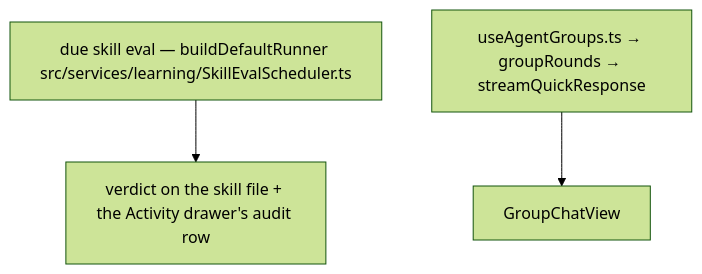
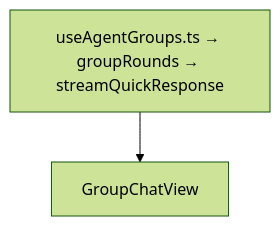
Before and after one commit to KILLER3UG/augustTrading: the sixth of 8 diagrams in docs/architecture/system-map.md, drawn with Mermaid (forest theme). The commit also changed other lines of this file and 504 other files, not shown here.

````diff
--- a/docs/architecture/system-map.md
+++ b/docs/architecture/system-map.md
@@ -461,5 +419,4 @@
 ```mermaid
 flowchart TD
-    EVAL["due skill eval — buildDefaultRunner src/services/learning/SkillEvalScheduler.ts"] --> VERD["verdict on the skill file + the Activity drawer's audit row"]
     GR["useAgentGroups.ts → groupRounds → streamQuickResponse"] --> GV["GroupChatView"]
 ```
````
